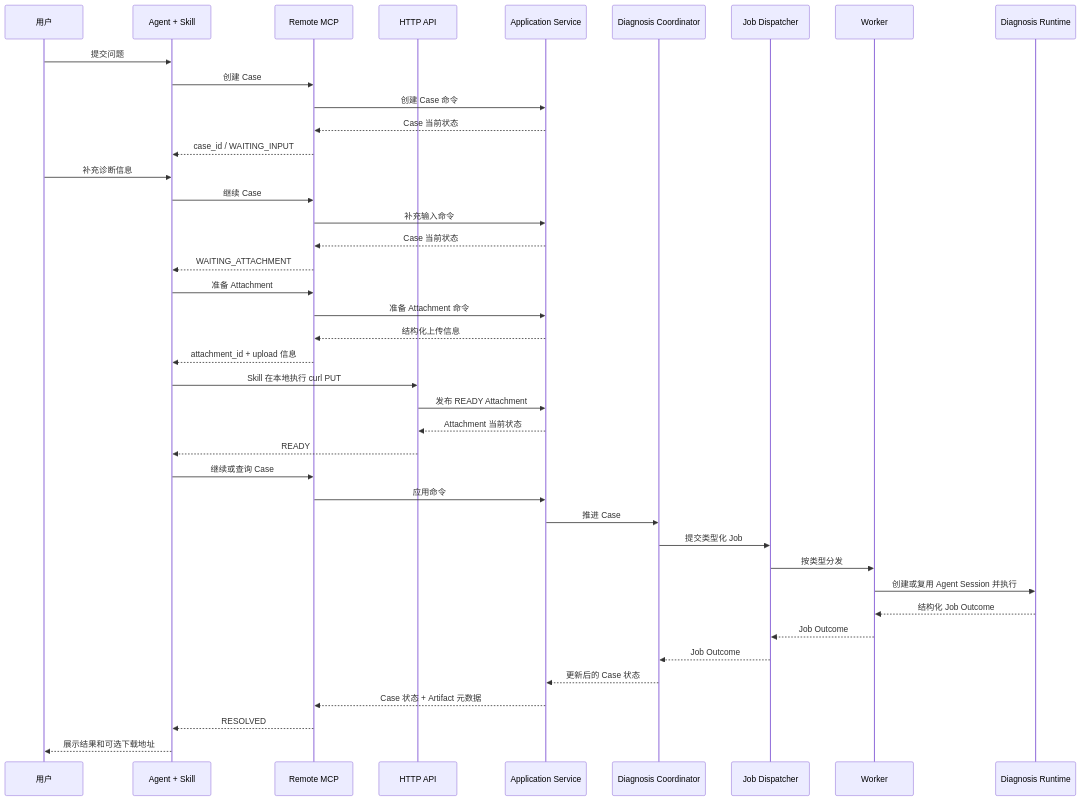
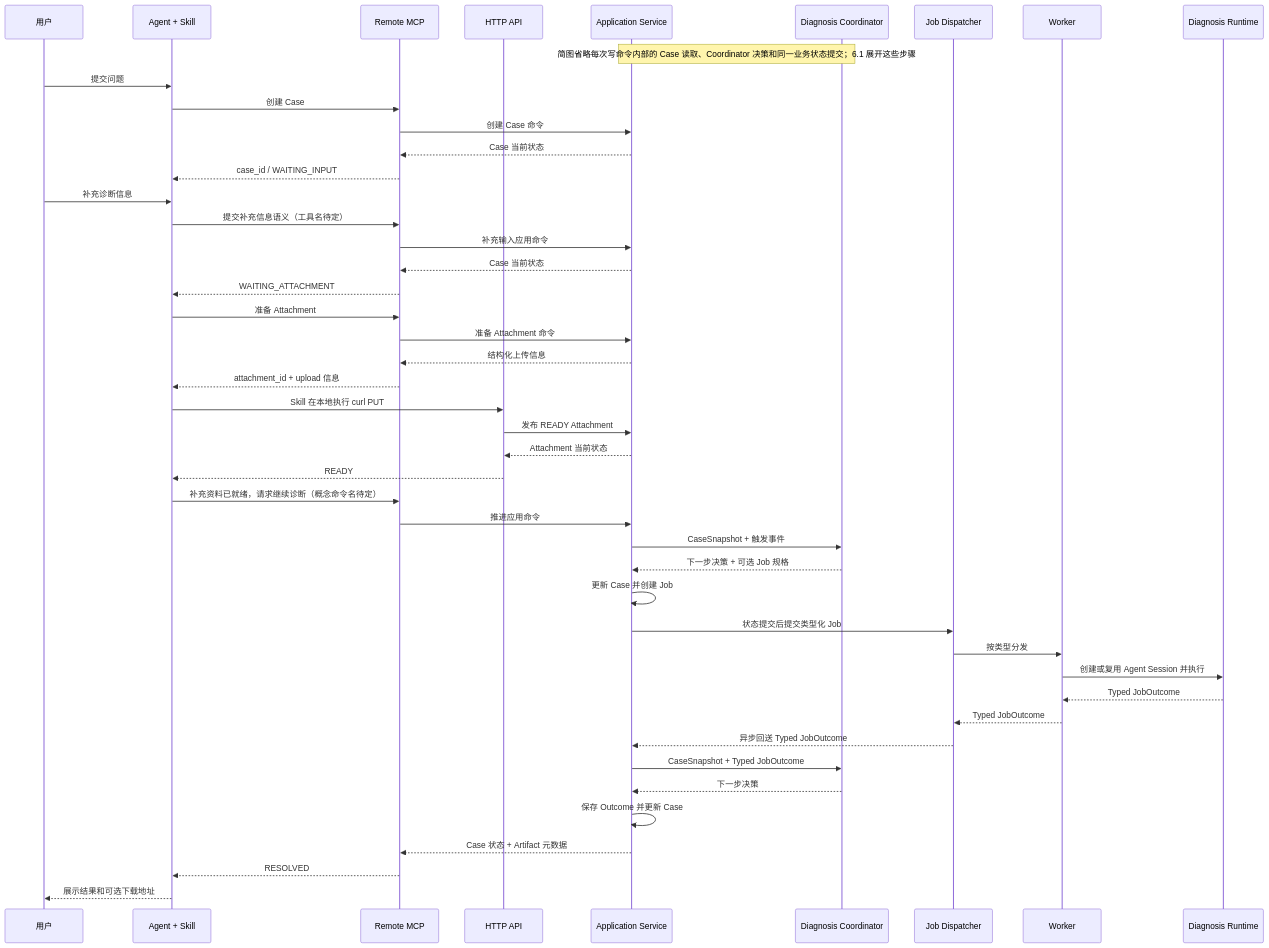
The second of 3 diagrams in design/v1-agent-access-and-file-transfer.md (superdong1992/xiaodao), drawn with Mermaid before and after one commit. The commit also changed other lines of this file and 4 other files, not shown here.

Commit message:
docs: add reviewed diagnosis architecture flows

````diff
--- a/design/v1-agent-access-and-file-transfer.md
+++ b/design/v1-agent-access-and-file-transfer.md
@@ -180,44 +181,50 @@
 ```mermaid
 sequenceDiagram
     participant U as 用户
     participant A as Agent + Skill
     participant M as Remote MCP
     participant H as HTTP API
     participant S as Application Service
     participant C as Diagnosis Coordinator
     participant D as Job Dispatcher
     participant W as Worker
     participant R as Diagnosis Runtime
 
+    Note over S,C: 简图省略每次写命令内部的 Case 读取、Coordinator 决策和同一业务状态提交；6.1 展开这些步骤
+
     U->>A: 提交问题
     A->>M: 创建 Case
     M->>S: 创建 Case 命令
     S-->>M: Case 当前状态
     M-->>A: case_id / WAITING_INPUT
     U->>A: 补充诊断信息
-    A->>M: 继续 Case
-    M->>S: 补充输入命令
+    A->>M: 提交补充信息语义（工具名待定）
+    M->>S: 补充输入应用命令
     S-->>M: Case 当前状态
     M-->>A: WAITING_ATTACHMENT
     A->>M: 准备 Attachment
     M->>S: 准备 Attachment 命令
     S-->>M: 结构化上传信息
     M-->>A: attachment_id + upload 信息
     A->>H: Skill 在本地执行 curl PUT
     H->>S: 发布 READY Attachment
     S-->>H: Attachment 当前状态
     H-->>A: READY
-    A->>M: 继续或查询 Case
-    M->>S: 应用命令
-    S->>C: 推进 Case
-    C->>D: 提交类型化 Job
+    A->>M: 补充资料已就绪，请求继续诊断（概念命令名待定）
+    M->>S: 推进应用命令
+    S->>C: CaseSnapshot + 触发事件
+    C-->>S: 下一步决策 + 可选 Job 规格
+    S->>S: 更新 Case 并创建 Job
+    S->>D: 状态提交后提交类型化 Job
     D->>W: 按类型分发
     W->>R: 创建或复用 Agent Session 并执行
-    R-->>W: 结构化 Job Outcome
-    W-->>D: Job Outcome
-    D-->>C: Job Outcome
-    C-->>S: 更新后的 Case 状态
+    R-->>W: Typed JobOutcome
+    W-->>D: Typed JobOutcome
+    D-->>S: 异步回送 Typed JobOutcome
+    S->>C: CaseSnapshot + Typed JobOutcome
+    C-->>S: 下一步决策
+    S->>S: 保存 Outcome 并更新 Case
     S-->>M: Case 状态 + Artifact 元数据
     M-->>A: RESOLVED
     A-->>U: 展示结果和可选下载地址
 ```
````
